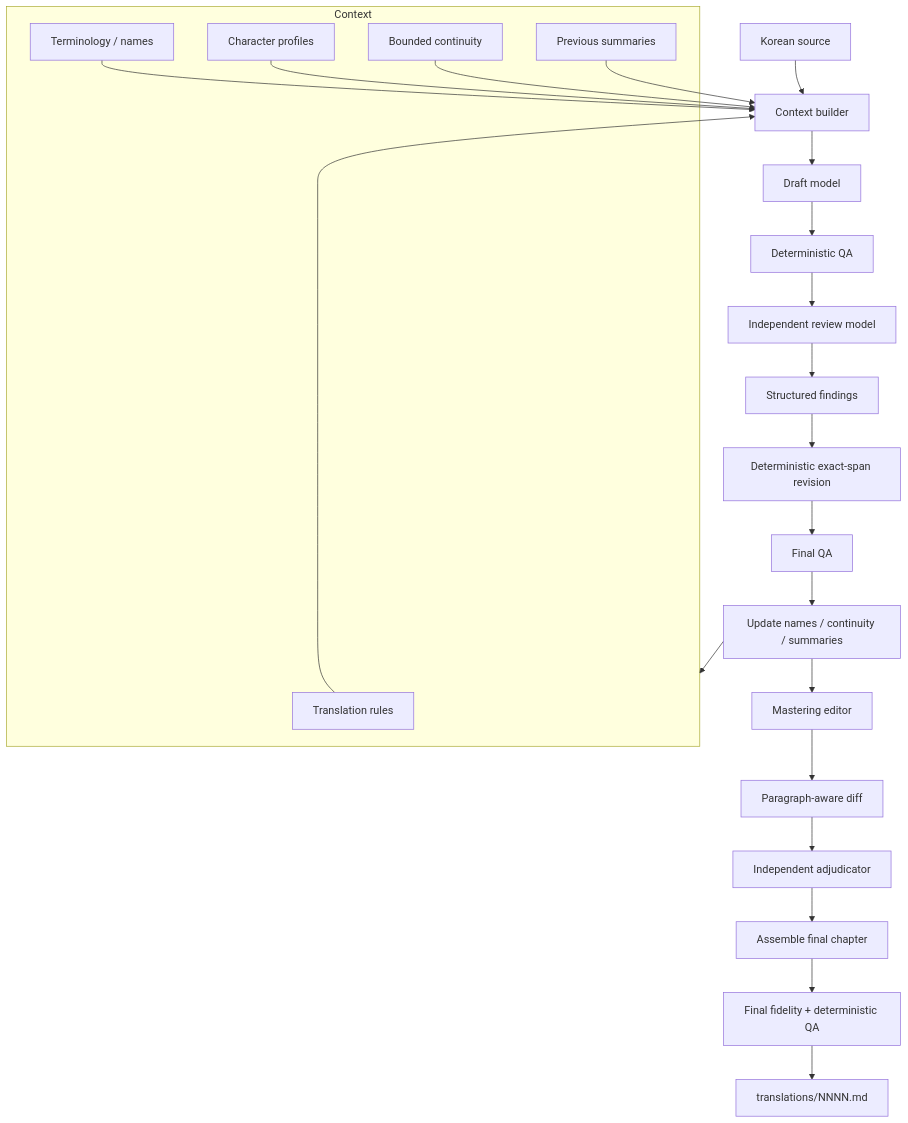
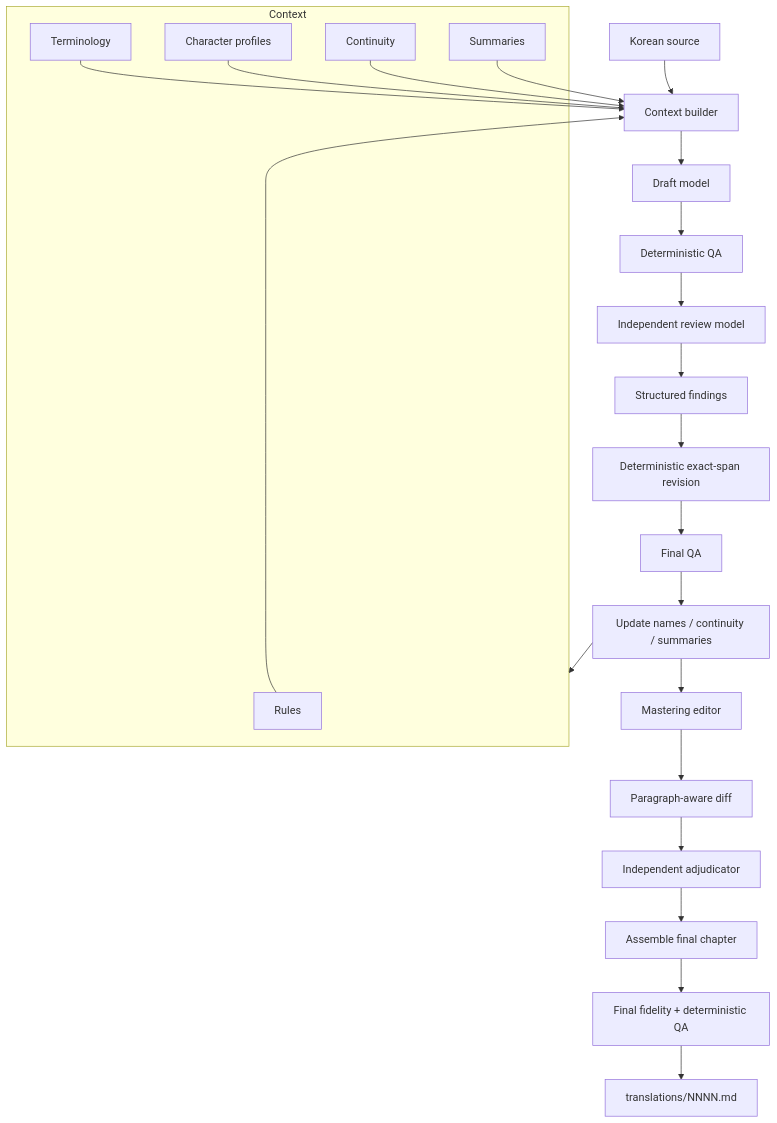
Before and after one commit to jimzrt/murim-login: the first of 2 diagrams in README.md, drawn with Mermaid. The commit also changed 1 other file, not shown here.

Commit message:
Update README terminology and enhance Pagefind modal input styles for better accessibility and clarity

````diff
--- a/README.md
+++ b/README.md
@@ -20,33 +20,33 @@
 ```mermaid
 flowchart TD
     A[Korean source] --> B[Context builder]
 
     subgraph Ctx[Context]
-        C1[Translation rules]
-        C2[Terminology / names]
+        C1[Rules]
+        C2[Terminology]
         C3[Character profiles]
-        C4[Bounded continuity]
-        C5[Previous summaries]
+        C4[Continuity]
+        C5[Summaries]
     end
 
     C1 --> B
     C2 --> B
     C3 --> B
     C4 --> B
     C5 --> B
 
     B --> D[Draft model]
     D --> E[Deterministic QA]
     E --> F[Independent review model]
     F --> G[Structured findings]
     G --> H[Deterministic exact-span revision]
     H --> I[Final QA]
     I --> J[Update names / continuity / summaries]
     J --> Ctx
     J --> K[Mastering editor]
     K --> L[Paragraph-aware diff]
     L --> M[Independent adjudicator]
     M --> N[Assemble final chapter]
     N --> O[Final fidelity + deterministic QA]
     O --> P["translations/NNNN.md"]
 ```
````
